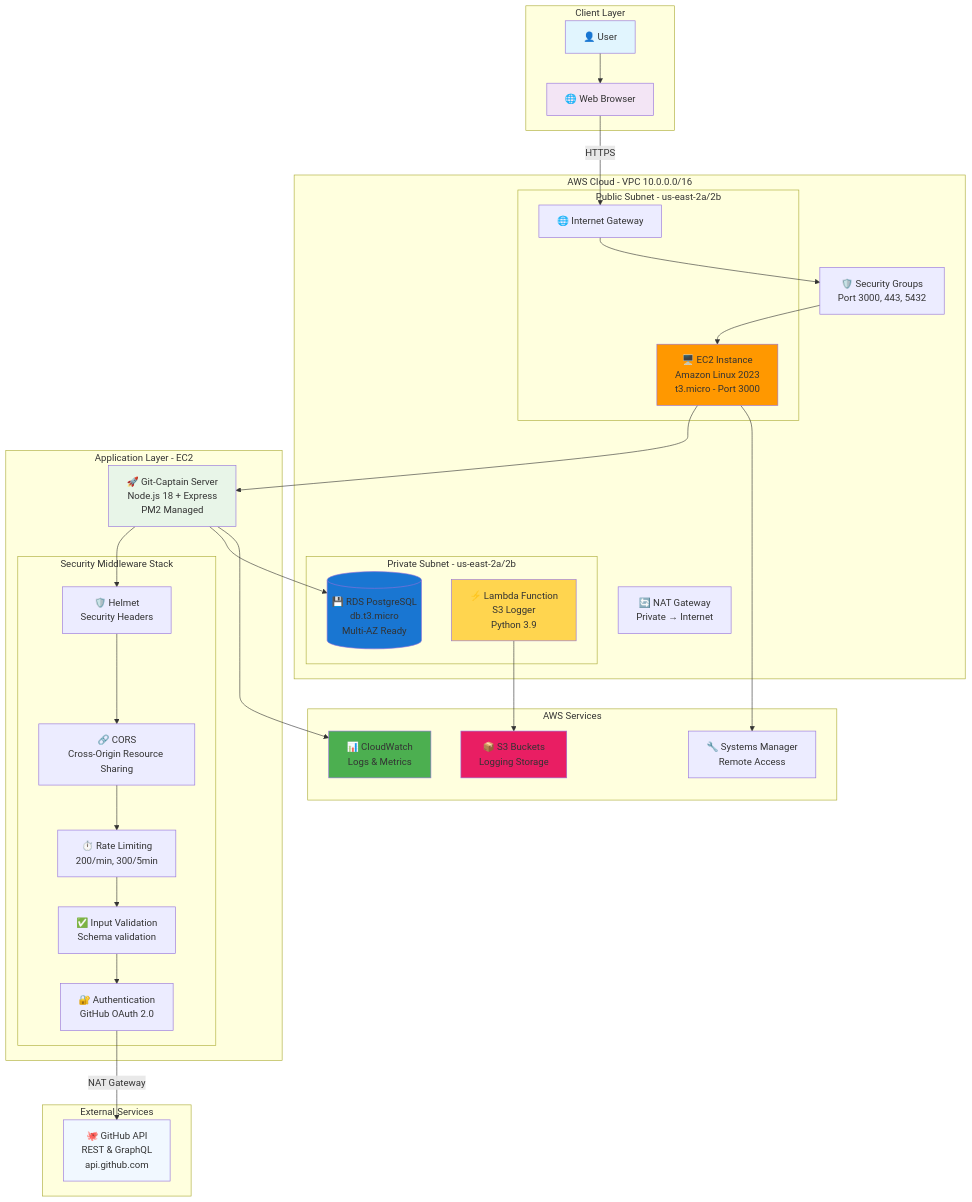
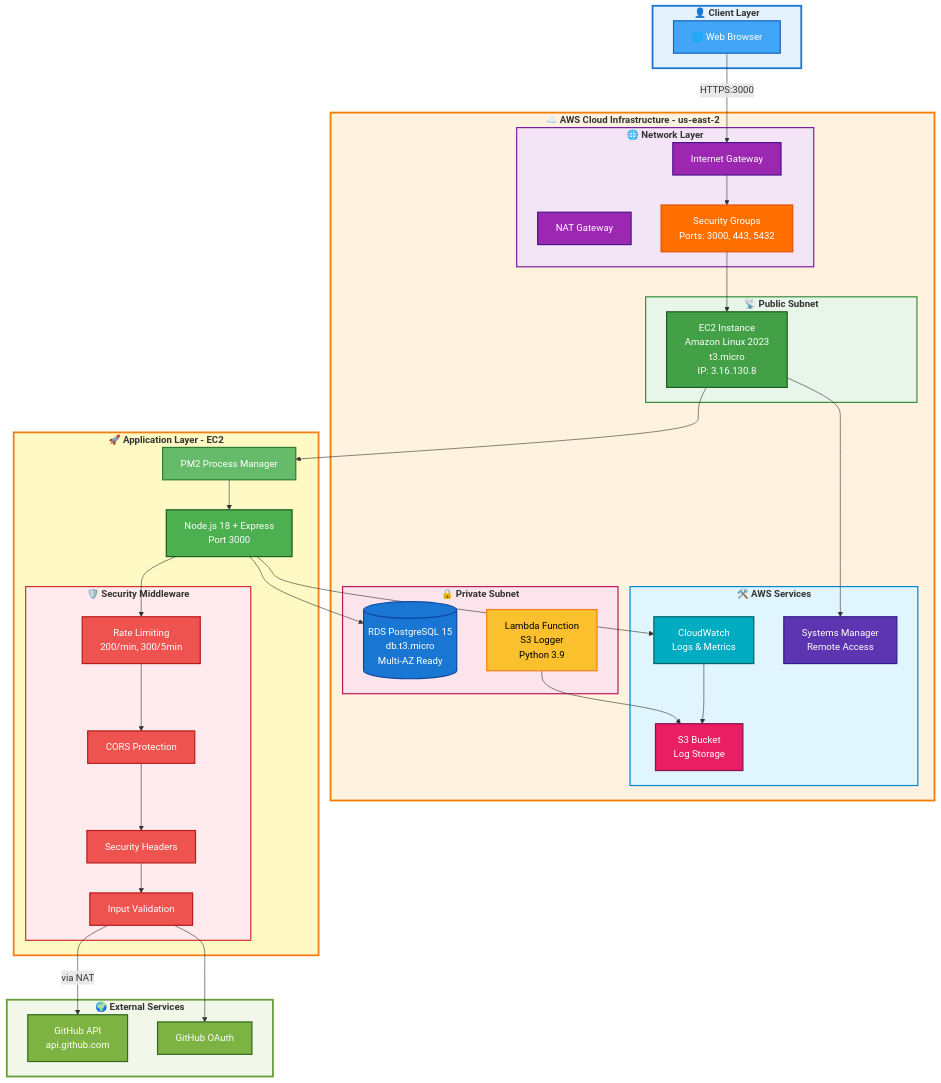
One commit to Joe-Tavarez/Git-Captain changed the first of 11 diagrams in docs/ARCHITECTURE.md. Above: the diagram before and after it, drawn with Mermaid. The commit also changed other lines of this file, not shown here.

Commit message:
more updates to diagrams

````diff
--- a/docs/ARCHITECTURE.md
+++ b/docs/ARCHITECTURE.md
@@ -17,70 +17,92 @@
 ```mermaid
 graph TB
-    subgraph "Client Layer"
-        Browser[🌐 Web Browser]
-        User[👤 User]
+    subgraph Client["<b>👤 Client Layer</b>"]
+        User[🌐 Web Browser]
     end
 
-    subgraph "AWS Cloud - VPC 10.0.0.0/16"
-        subgraph "Public Subnet - us-east-2a/2b"
-            IGW[🌐 Internet Gateway]
-            EC2[🖥️ EC2 Instance<br/>Amazon Linux 2023<br/>t3.micro - Port 3000]
+    subgraph AWS["<b>☁️ AWS Cloud Infrastructure - us-east-2</b>"]
+        subgraph Network["<b>🌐 Network Layer</b>"]
+            IGW[Internet Gateway]
+            NAT[NAT Gateway]
+            SG[Security Groups<br/>Ports: 3000, 443, 5432]
         end
         
-        subgraph "Private Subnet - us-east-2a/2b"
-            RDS[(💾 RDS PostgreSQL<br/>db.t3.micro<br/>Multi-AZ Ready)]
-            Lambda[⚡ Lambda Function<br/>S3 Logger<br/>Python 3.9]
+        subgraph Public["<b>📡 Public Subnet</b>"]
+            EC2[EC2 Instance<br/>Amazon Linux 2023<br/>t3.micro<br/>IP: 3.16.130.8]
         end
         
-        NAT[🔄 NAT Gateway<br/>Private → Internet]
-        SG[🛡️ Security Groups<br/>Port 3000, 443, 5432]
-    end
-
-    subgraph "Application Layer - EC2"
-        App[🚀 Git-Captain Server<br/>Node.js 18 + Express<br/>PM2 Managed]
+        subgraph Private["<b>🔒 Private Subnet</b>"]
+            RDS[(RDS PostgreSQL 15<br/>db.t3.micro<br/>Multi-AZ Ready)]
+            Lambda[Lambda Function<br/>S3 Logger<br/>Python 3.9]
+        end
         
-        subgraph "Security Middleware Stack"
-            Helmet[🛡️ Helmet<br/>Security Headers]
-            CORS[🔗 CORS<br/>Cross-Origin Resource Sharing]
-            RateLimit[⏱️ Rate Limiting<br/>200/min, 300/5min]
-            Validator[✅ Input Validation<br/>Schema validation]
-            Auth[🔐 Authentication<br/>GitHub OAuth 2.0]
+        subgraph Services["<b>🛠️ AWS Services</b>"]
+            CW[CloudWatch<br/>Logs & Metrics]
+            S3[S3 Bucket<br/>Log Storage]
+            SSM[Systems Manager<br/>Remote Access]
         end
     end
 
-    subgraph "AWS Services"
-        CloudWatch[📊 CloudWatch<br/>Logs & Metrics]
-        SSM[🔧 Systems Manager<br/>Remote Access]
-        S3[📦 S3 Buckets<br/>Logging Storage]
+    subgraph App["<b>🚀 Application Layer - EC2</b>"]
+        PM2[PM2 Process Manager]
+        Node[Node.js 18 + Express<br/>Port 3000]
+        
+        subgraph Security["<b>🛡️ Security Middleware</b>"]
+            RL[Rate Limiting<br/>200/min, 300/5min]
+            CORS[CORS Protection]
+            Helmet[Security Headers]
+            Valid[Input Validation]
+        end
     end
 
-    subgraph "External Services"
-        GitHub[🐙 GitHub API<br/>REST & GraphQL<br/>api.github.com]
+    subgraph External["<b>🌍 External Services</b>"]
+        GitHub[GitHub API<br/>api.github.com]
+        OAuth[GitHub OAuth]
     end
 
-    User --> Browser
-    Browser -->|HTTPS| IGW
+    User -->|HTTPS:3000| IGW
     IGW --> SG
     SG --> EC2
-    EC2 --> App
-    App --> Helmet
-    Helmet --> CORS
-    CORS --> RateLimit
-    RateLimit --> Validator
-    Validator --> Auth
-    Auth -->|NAT Gateway| GitHub
-    App --> RDS
-    App --> CloudWatch
+    EC2 --> PM2
+    PM2 --> Node
+    Node --> RL
+    RL --> CORS
+    CORS --> Helmet
+    Helmet --> Valid
+    Valid -->|via NAT| GitHub
+    Valid --> OAuth
+    Node --> RDS
+    Node --> CW
     Lambda --> S3
+    CW --> S3
     EC2 --> SSM
 
-    style User fill:#e1f5fe
-    style Browser fill:#f3e5f5
-    style EC2 fill:#ff9800
-    style App fill:#e8f5e8
-    style GitHub fill:#f1f8ff
-    style RDS fill:#1976d2
-    style Lambda fill:#ffd54f
-    style CloudWatch fill:#4caf50
-    style S3 fill:#e91e63
+    style Client fill:#e3f2fd,stroke:#1976d2,stroke-width:3px
+    style AWS fill:#fff3e0,stroke:#f57c00,stroke-width:3px
+    style Network fill:#f3e5f5,stroke:#7b1fa2,stroke-width:2px
+    style Public fill:#e8f5e9,stroke:#388e3c,stroke-width:2px
+    style Private fill:#fce4ec,stroke:#c2185b,stroke-width:2px
+    style Services fill:#e1f5fe,stroke:#0288d1,stroke-width:2px
+    style App fill:#fff9c4,stroke:#f57f17,stroke-width:3px
+    style Security fill:#ffebee,stroke:#d32f2f,stroke-width:2px
+    style External fill:#f1f8e9,stroke:#689f38,stroke-width:3px
+    
+    style User fill:#42a5f5,stroke:#1565c0,stroke-width:2px,color:#fff
+    style IGW fill:#9c27b0,stroke:#4a148c,stroke-width:2px,color:#fff
+    style NAT fill:#9c27b0,stroke:#4a148c,stroke-width:2px,color:#fff
+    style SG fill:#ff6f00,stroke:#e65100,stroke-width:2px,color:#fff
+    style EC2 fill:#43a047,stroke:#1b5e20,stroke-width:2px,color:#fff
+    style RDS fill:#1976d2,stroke:#0d47a1,stroke-width:2px,color:#fff
+    style Lambda fill:#fbc02d,stroke:#f57f17,stroke-width:2px,color:#000
+    style CW fill:#00acc1,stroke:#006064,stroke-width:2px,color:#fff
+    style S3 fill:#e91e63,stroke:#880e4f,stroke-width:2px,color:#fff
+    style SSM fill:#5e35b1,stroke:#311b92,stroke-width:2px,color:#fff
+    style PM2 fill:#66bb6a,stroke:#2e7d32,stroke-width:2px,color:#fff
+    style Node fill:#4caf50,stroke:#1b5e20,stroke-width:2px,color:#fff
+    style RL fill:#ef5350,stroke:#b71c1c,stroke-width:2px,color:#fff
+    style CORS fill:#ef5350,stroke:#b71c1c,stroke-width:2px,color:#fff
+    style Helmet fill:#ef5350,stroke:#b71c1c,stroke-width:2px,color:#fff
+    style Valid fill:#ef5350,stroke:#b71c1c,stroke-width:2px,color:#fff
+    style GitHub fill:#7cb342,stroke:#33691e,stroke-width:2px,color:#fff
+    style OAuth fill:#7cb342,stroke:#33691e,stroke-width:2px,color:#fff
 ```
````
